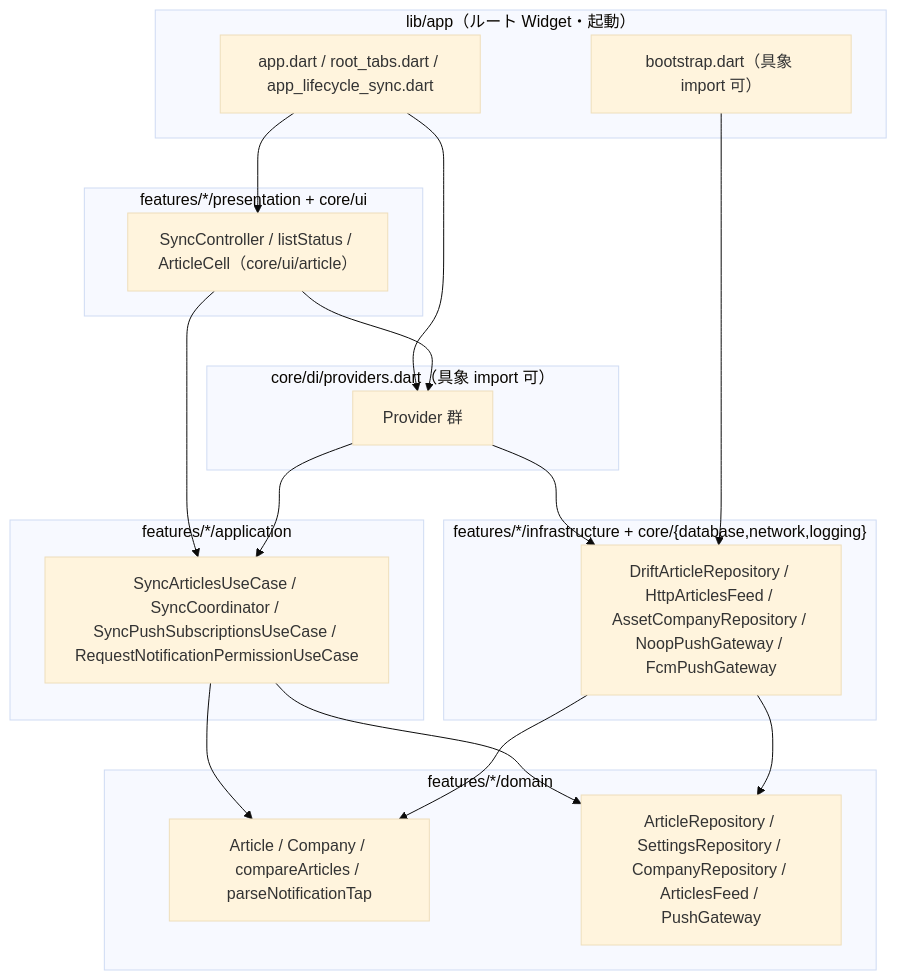
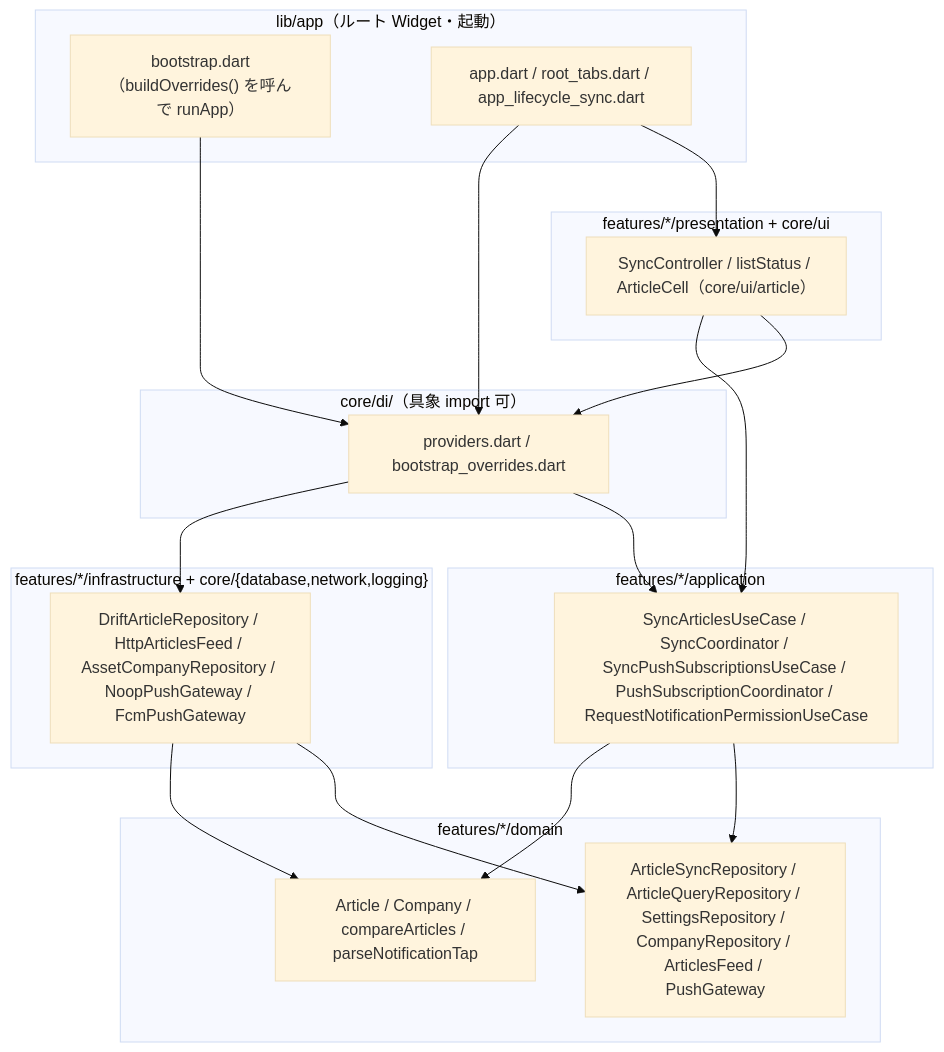
One commit to sss-kato/curtaincall changed the first of 2 diagrams in docs/design/D-04.md. Above: the diagram before and after it, drawn with Mermaid (base theme). The commit also changed other lines of this file, not shown here.

````diff
--- a/docs/design/D-04.md
+++ b/docs/design/D-04.md
@@ -101,34 +102,34 @@
 ```mermaid
 flowchart TB
   subgraph APP["lib/app（ルート Widget・起動）"]
-    BOOT["bootstrap.dart（具象 import 可）"]
+    BOOT["bootstrap.dart（buildOverrides() を呼んで runApp）"]
     ROOT["app.dart / root_tabs.dart / app_lifecycle_sync.dart"]
   end
   subgraph PRES["features/*/presentation + core/ui"]
     SC["SyncController / listStatus / ArticleCell（core/ui/article）"]
   end
-  subgraph DI["core/di/providers.dart（具象 import 可）"]
-    PV["Provider 群"]
+  subgraph DI["core/di/（具象 import 可）"]
+    PV["providers.dart / bootstrap_overrides.dart"]
   end
   subgraph APPL["features/*/application"]
-    UC["SyncArticlesUseCase / SyncCoordinator / SyncPushSubscriptionsUseCase / RequestNotificationPermissionUseCase"]
+    UC["SyncArticlesUseCase / SyncCoordinator / SyncPushSubscriptionsUseCase / PushSubscriptionCoordinator / RequestNotificationPermissionUseCase"]
   end
   subgraph DOM["features/*/domain"]
     ENT["Article / Company / compareArticles / parseNotificationTap"]
-    IF["ArticleRepository / SettingsRepository / CompanyRepository / ArticlesFeed / PushGateway"]
+    IF["ArticleSyncRepository / ArticleQueryRepository / SettingsRepository / CompanyRepository / ArticlesFeed / PushGateway"]
   end
   subgraph INFRA["features/*/infrastructure + core/{database,network,logging}"]
     IMPL["DriftArticleRepository / HttpArticlesFeed / AssetCompanyRepository / NoopPushGateway / FcmPushGateway"]
   end
   ROOT --> SC
   ROOT --> PV
+  BOOT --> PV
   SC --> PV
   SC --> UC
   PV --> UC
   PV --> IMPL
-  BOOT --> IMPL
   UC --> IF
   UC --> ENT
   IMPL --> IF
   IMPL --> ENT
 ```
````
